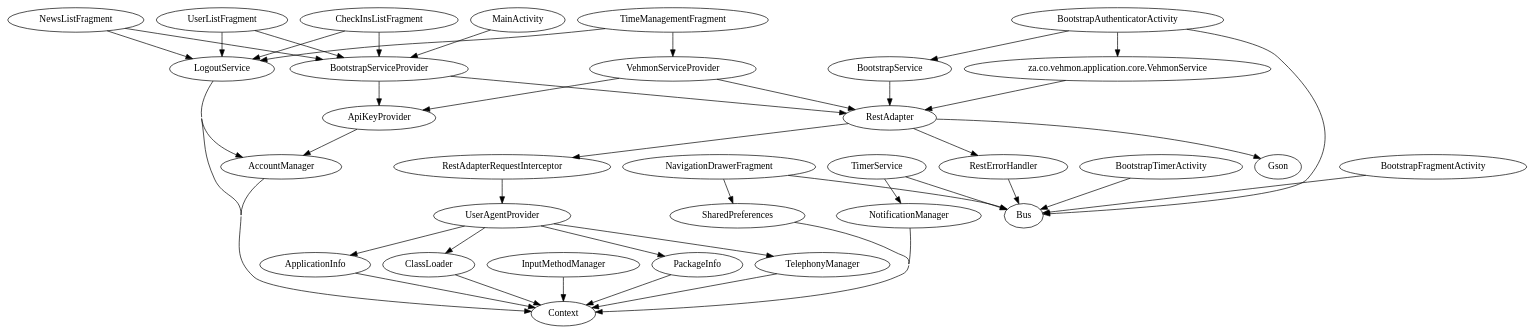
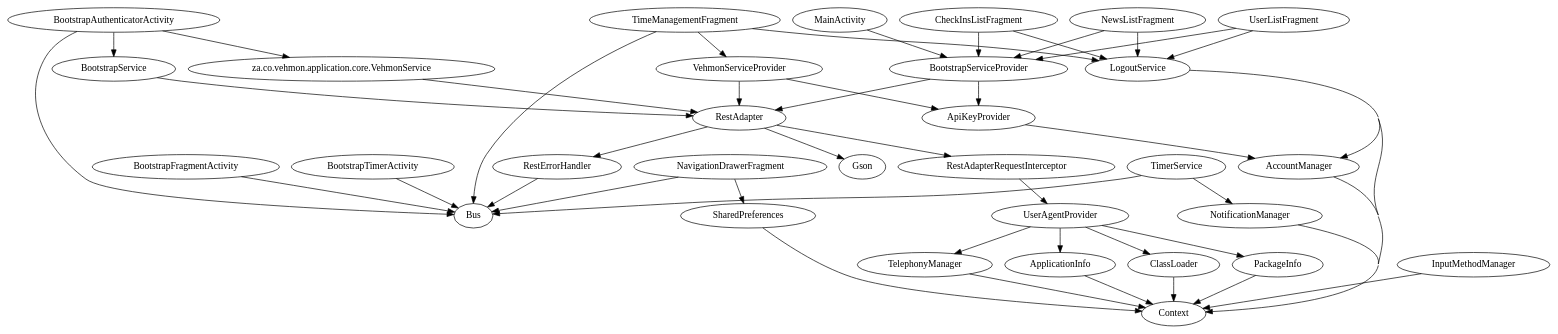
The diagram in app/build/intermediates/classes/debug/za/co/vehmon/application/RootModule.dot (Renaldobenji/android-vehmon), drawn with Graphviz before and after one commit. The commit also changed 45 other files, not shown here.

First line of the commit message:
time management with timer working

```diff
--- a/app/build/intermediates/classes/debug/za/co/vehmon/application/RootModule.dot
+++ b/app/build/intermediates/classes/debug/za/co/vehmon/application/RootModule.dot
@@ -1,48 +1,49 @@
 digraph G1 {
   concentrate = true;
   AccountManager -> Context;
   ApiKeyProvider -> AccountManager;
   ApplicationInfo -> Context;
-  BootstrapAuthenticatorActivity -> Bus;
   BootstrapAuthenticatorActivity -> BootstrapService;
   n2 [label="za.co.vehmon.application.core.VehmonService"];
   BootstrapAuthenticatorActivity -> n2;
+  BootstrapAuthenticatorActivity -> Bus;
   BootstrapFragmentActivity -> Bus;
   BootstrapService -> RestAdapter;
+  BootstrapServiceProvider -> ApiKeyProvider;
   BootstrapServiceProvider -> RestAdapter;
-  BootstrapServiceProvider -> ApiKeyProvider;
   BootstrapTimerActivity -> Bus;
+  CheckInsListFragment -> LogoutService;
   CheckInsListFragment -> BootstrapServiceProvider;
-  CheckInsListFragment -> LogoutService;
   ClassLoader -> Context;
   InputMethodManager -> Context;
+  LogoutService -> AccountManager;
   LogoutService -> Context;
-  LogoutService -> AccountManager;
   MainActivity -> BootstrapServiceProvider;
+  NavigationDrawerFragment -> SharedPreferences;
   NavigationDrawerFragment -> Bus;
-  NavigationDrawerFragment -> SharedPreferences;
+  NewsListFragment -> LogoutService;
   NewsListFragment -> BootstrapServiceProvider;
-  NewsListFragment -> LogoutService;
   NotificationManager -> Context;
   PackageInfo -> Context;
+  RestAdapter -> RestAdapterRequestInterceptor;
   RestAdapter -> Gson;
-  RestAdapter -> RestAdapterRequestInterceptor;
   RestAdapter -> RestErrorHandler;
   RestAdapterRequestInterceptor -> UserAgentProvider;
   RestErrorHandler -> Bus;
   SharedPreferences -> Context;
   TelephonyManager -> Context;
+  TimeManagementFragment -> LogoutService;
+  TimeManagementFragment -> Bus;
   TimeManagementFragment -> VehmonServiceProvider;
-  TimeManagementFragment -> LogoutService;
+  TimerService -> NotificationManager;
   TimerService -> Bus;
-  TimerService -> NotificationManager;
   UserAgentProvider -> TelephonyManager;
   UserAgentProvider -> PackageInfo;
+  UserAgentProvider -> ClassLoader;
   UserAgentProvider -> ApplicationInfo;
-  UserAgentProvider -> ClassLoader;
+  UserListFragment -> LogoutService;
   UserListFragment -> BootstrapServiceProvider;
-  UserListFragment -> LogoutService;
+  VehmonServiceProvider -> ApiKeyProvider;
   VehmonServiceProvider -> RestAdapter;
-  VehmonServiceProvider -> ApiKeyProvider;
   n2 -> RestAdapter;
 }
```
